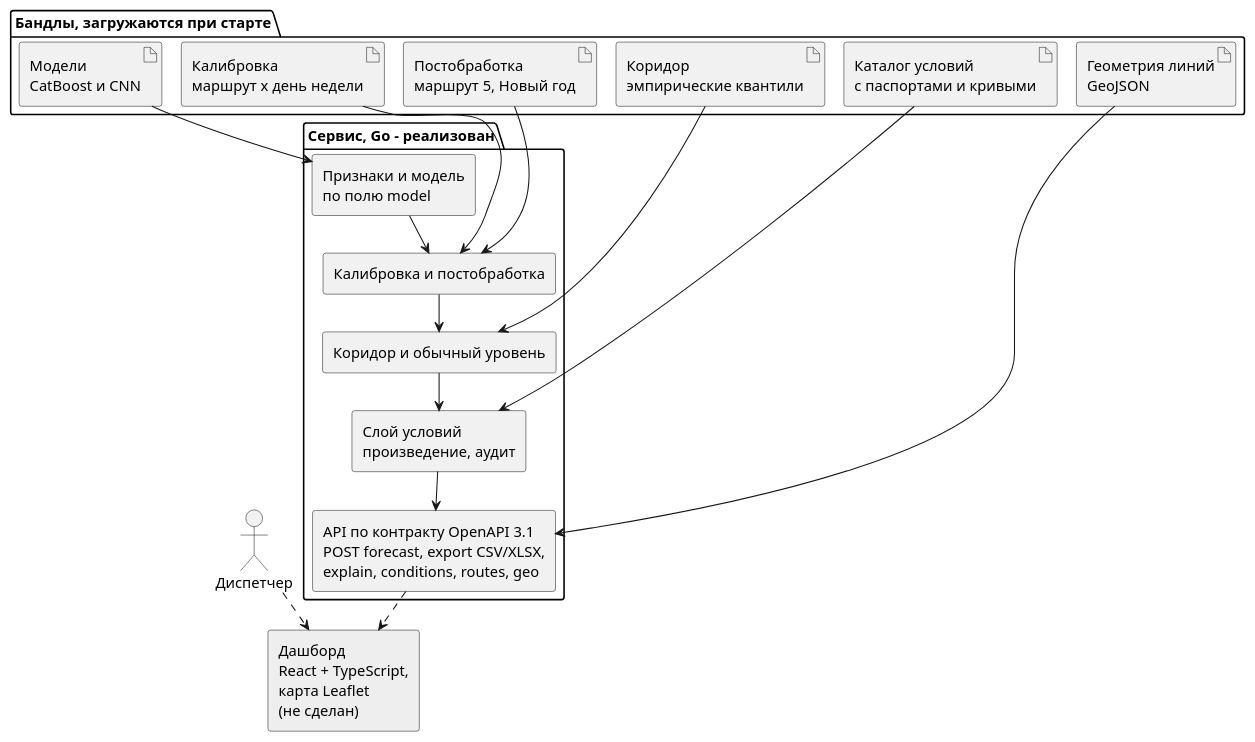
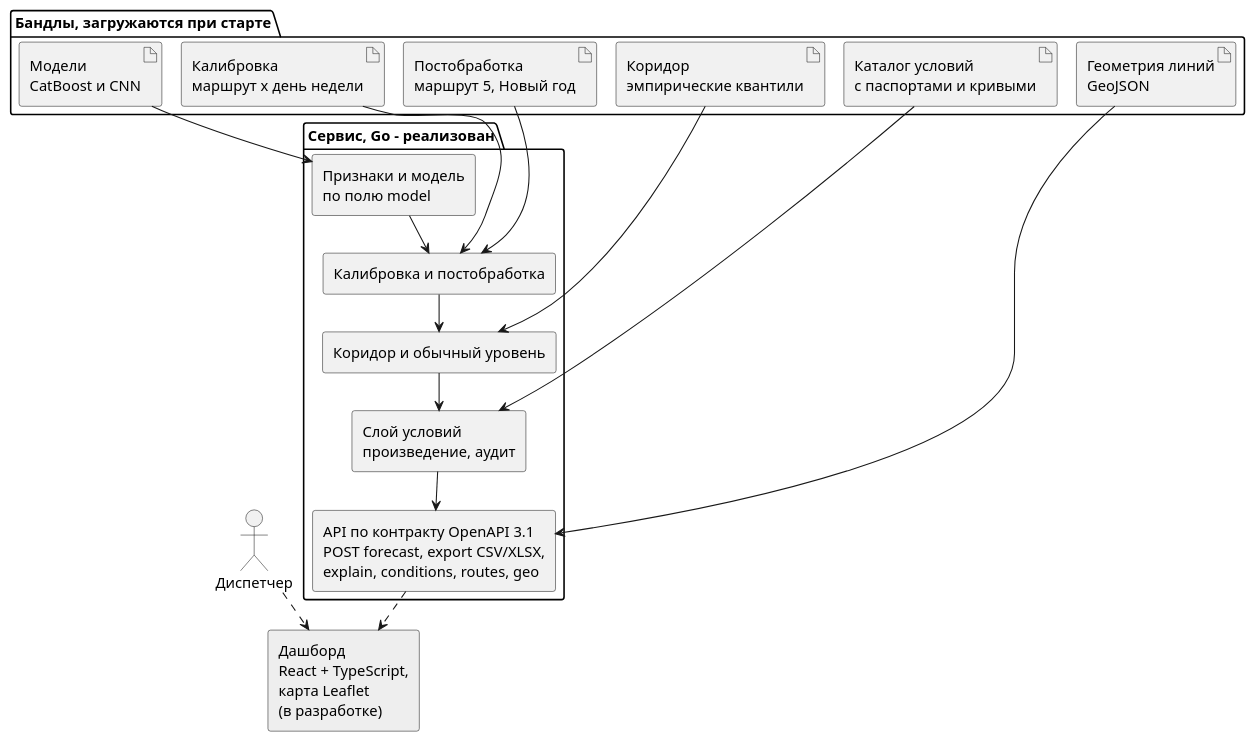
Before and after one commit to George573/trans_predicting: the diagram in final/docs/diagrams/target-architecture.puml, drawn with PlantUML. The commit also changed 8 other files, not shown here.

```diff
--- a/final/docs/diagrams/target-architecture.puml
+++ b/final/docs/diagrams/target-architecture.puml
@@ -1,35 +1,35 @@
 @startuml
 !pragma layout smetana
 skinparam componentStyle rectangle
 skinparam shadowing false
 skinparam defaultFontName Helvetica
 actor "Диспетчер" as user
 package "Бандлы, загружаются при старте" {
   artifact "Модели\nCatBoost и CNN" as m
   artifact "Калибровка\nмаршрут x день недели" as cal
   artifact "Коридор\nэмпирические квантили" as cor
   artifact "Постобработка\nмаршрут 5, Новый год" as pp
   artifact "Каталог условий\nс паспортами и кривыми" as cond
   artifact "Геометрия линий\nGeoJSON" as geo
 }
 package "Сервис, Go - реализован" {
   [Признаки и модель\nпо полю model] as model
   [Калибровка и постобработка] as post
   [Коридор и обычный уровень] as corr
   [Слой условий\nпроизведение, аудит] as layer
   [API по контракту OpenAPI 3.1\nPOST forecast, export CSV/XLSX,\nexplain, conditions, routes, geo] as api
 }
-[Дашборд\nReact + TypeScript,\nкарта Leaflet\n(не сделан)] as ui #EEEEEE
+[Дашборд\nReact + TypeScript,\nкарта Leaflet\n(в разработке)] as ui #EEEEEE
 m --> model
 cal --> post
 pp --> post
 cor --> corr
 cond --> layer
 model --> post
 post --> corr
 corr --> layer
 layer --> api
 geo --> api
 api ..> ui
 user ..> ui
 @enduml
```
